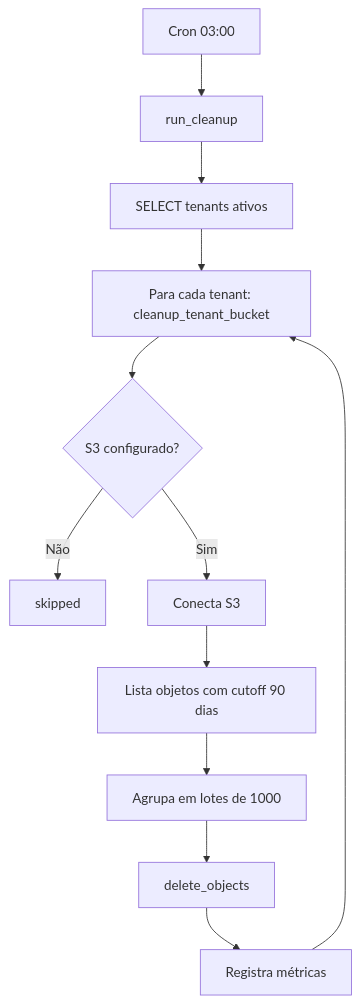
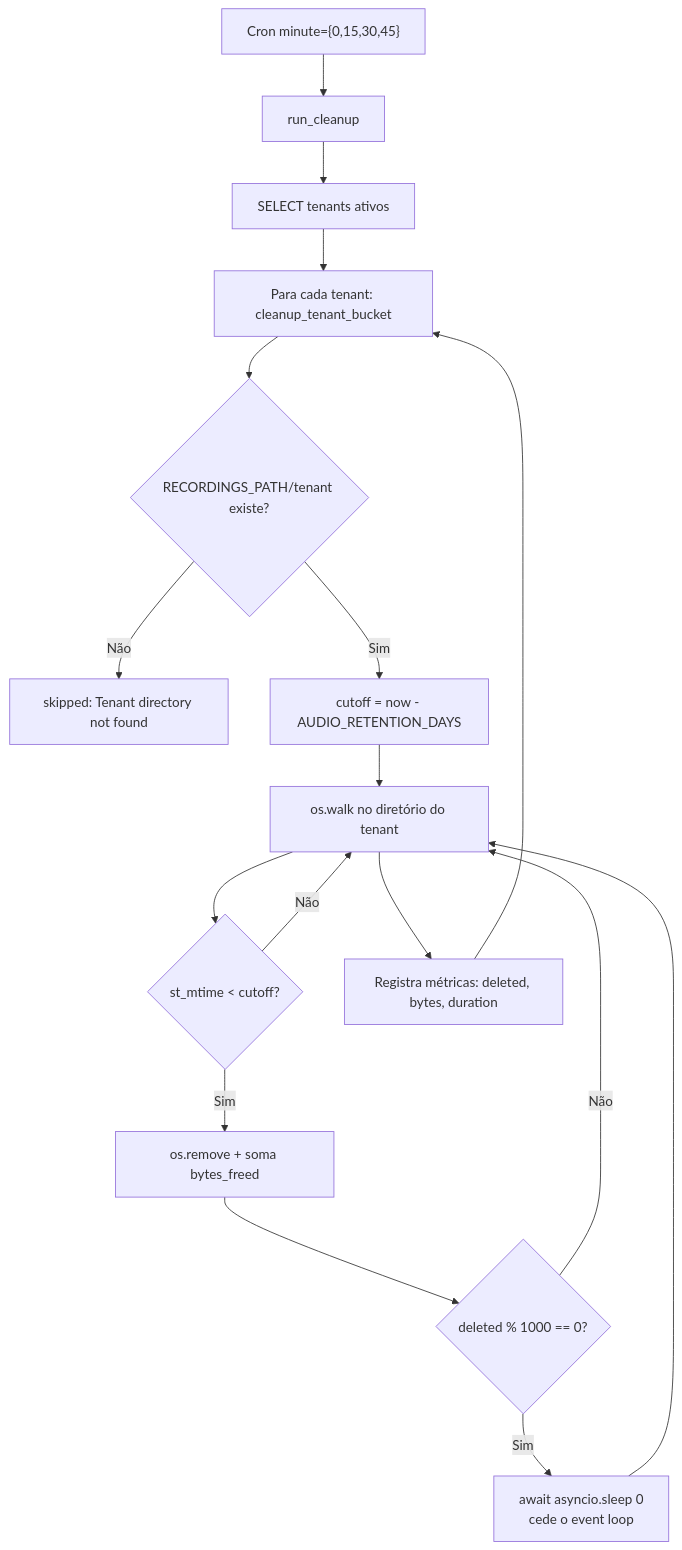
The second of 4 diagrams in _reversa_sdd/flowcharts/workers-flow.md (daniel-scalioni/zenith-voip), drawn with Mermaid before and after one commit. The commit also changed other lines of this file and 92 other files, not shown here.

Commit message:
docs: update architecture and design documentation including new ADRs for local audio storage and in-memory checkpointing, plus initial specs for SMB audio backup and sidecar tasks.

````diff
--- a/_reversa_sdd/flowcharts/workers-flow.md
+++ b/_reversa_sdd/flowcharts/workers-flow.md
@@ -5,14 +30,19 @@
 ```mermaid
 flowchart TD
-    A[Cron 03:00] --> B[run_cleanup]
+    A["Cron minute={0,15,30,45}"] --> B[run_cleanup]
     B --> C[SELECT tenants ativos]
     C --> D[Para cada tenant: cleanup_tenant_bucket]
-    D --> E{S3 configurado?}
-    E -->|Não| F[skipped]
-    E -->|Sim| G[Conecta S3]
-    G --> H[Lista objetos com cutoff 90 dias]
-    H --> I[Agrupa em lotes de 1000]
-    I --> J[delete_objects]
-    J --> K[Registra métricas]
-    K --> D
+    D --> E{RECORDINGS_PATH/tenant existe?}
+    E -->|Não| F[skipped: Tenant directory not found]
+    E -->|Sim| G[cutoff = now - AUDIO_RETENTION_DAYS]
+    G --> H[os.walk no diretório do tenant]
+    H --> I{st_mtime < cutoff?}
+    I -->|Não| H
+    I -->|Sim| J[os.remove + soma bytes_freed]
+    J --> K{deleted % 1000 == 0?}
+    K -->|Sim| L[await asyncio.sleep 0<br/>cede o event loop]
+    K -->|Não| H
+    L --> H
+    H --> M[Registra métricas: deleted, bytes, duration]
+    M --> D
 ```
````
